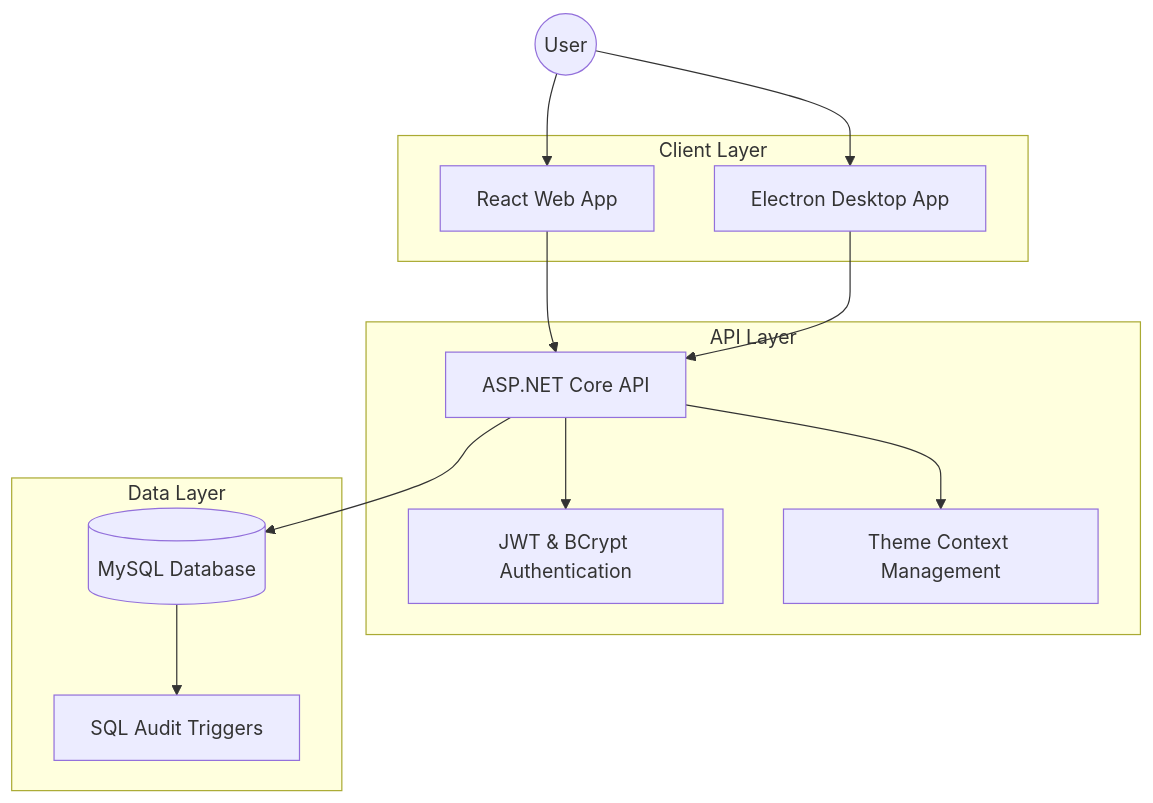
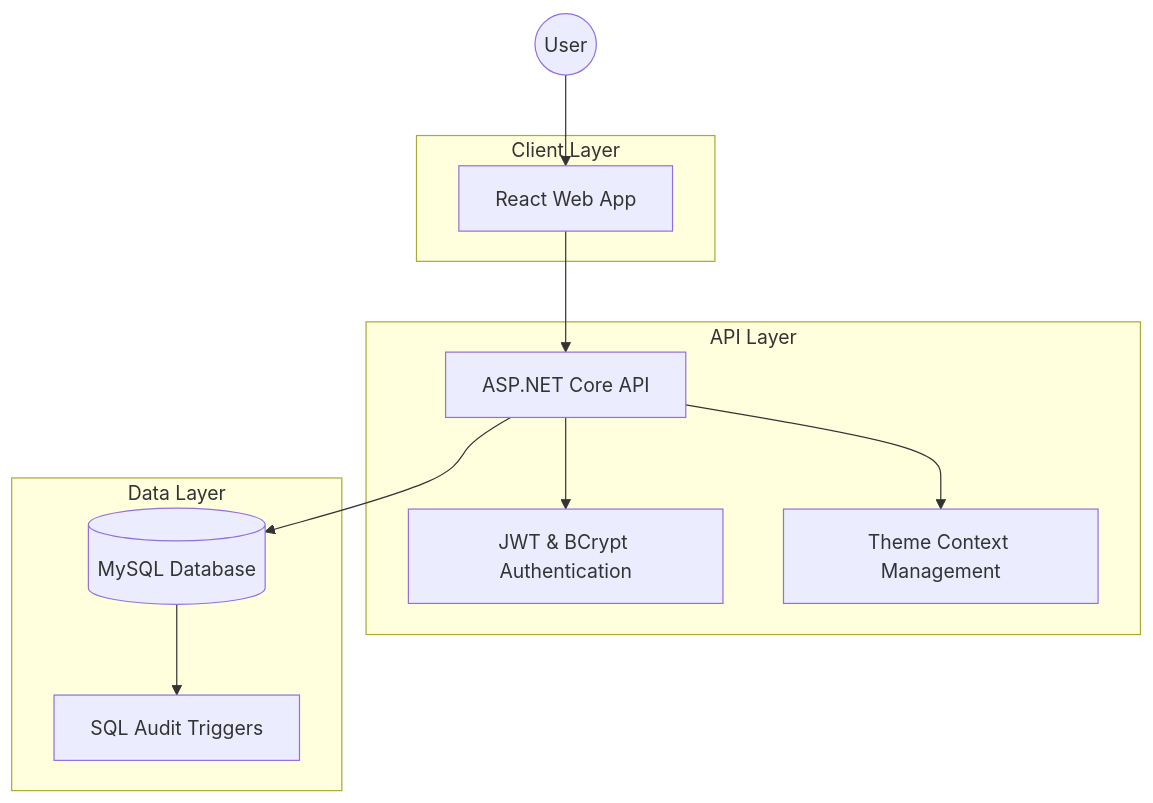
One commit to Hyubane25/TalaStock changed the diagram in README.md. Above: the diagram before and after it, drawn with Mermaid. The commit also changed other lines of this file and 11 other files, not shown here.

First line of the commit message:
refactor: remove Electron desktop app and related files; migrate to web-only application

````diff
--- a/README.md
+++ b/README.md
@@ -15,26 +14,23 @@
 ```mermaid
 graph TD
     User((User))
     subgraph "Client Layer"
         Web[React Web App]
-        Desktop[Electron Desktop App]
     end
     subgraph "API Layer"
         Backend[ASP.NET Core API]
         Auth[JWT & BCrypt Authentication]
         Theme[Theme Context Management]
     end
     subgraph "Data Layer"
         DB[(MySQL Database)]
         Trig[SQL Audit Triggers]
     end
 
     User --> Web
-    User --> Desktop
     Web --> Backend
-    Desktop --> Backend
     Backend --> Auth
     Backend --> Theme
     Backend --> DB
     DB --> Trig
 ```
````
